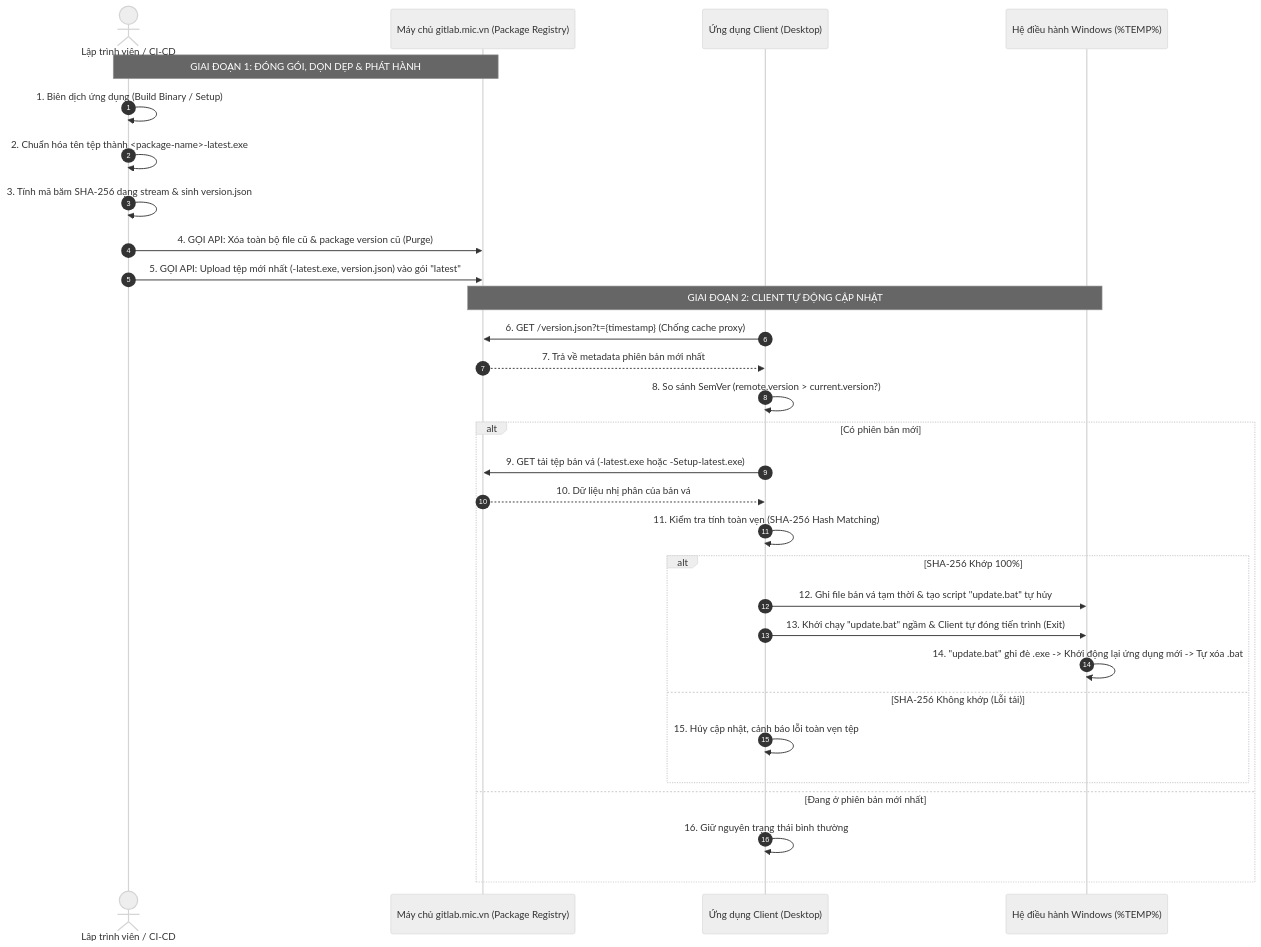
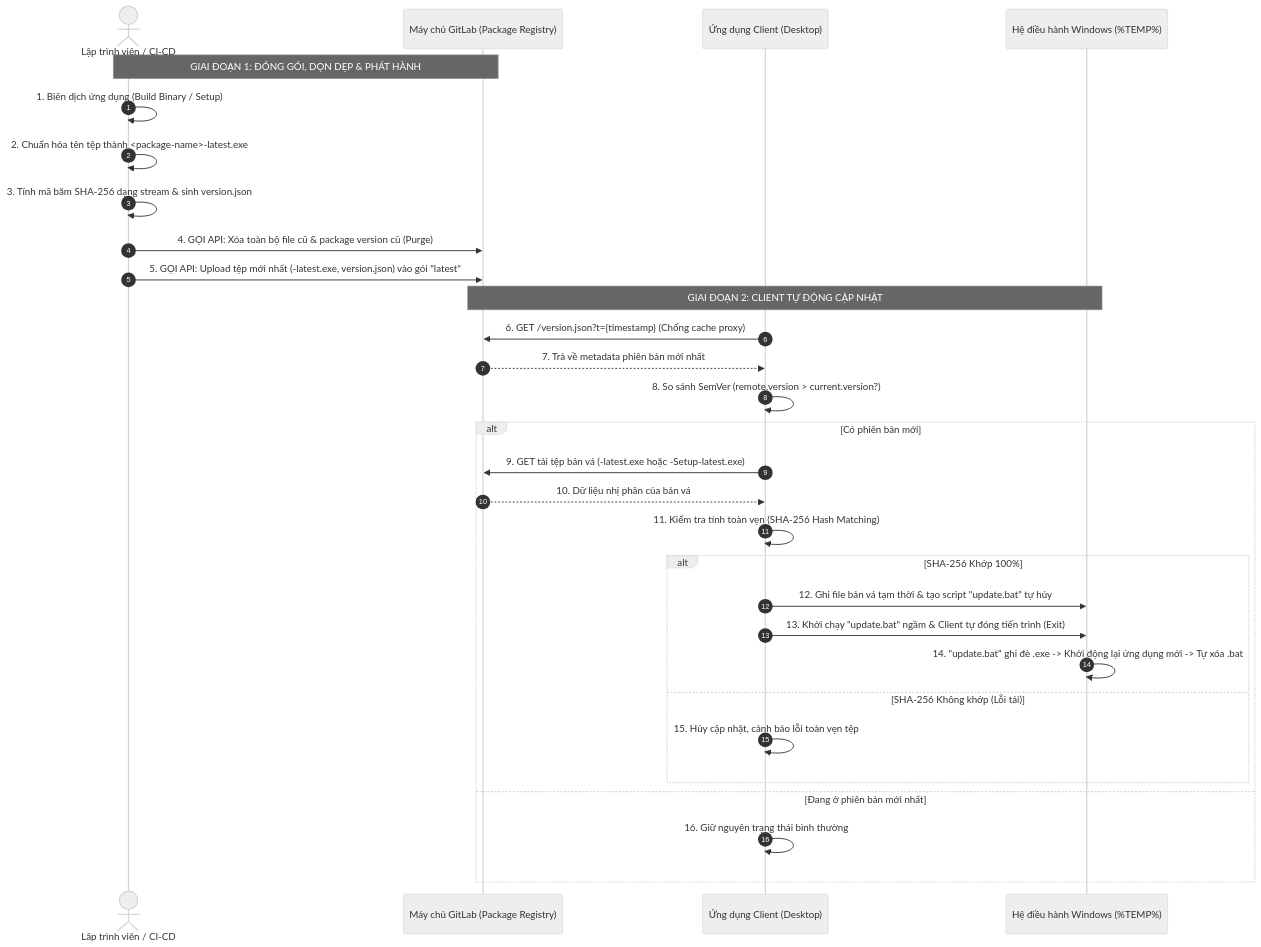
One commit to TungTn/Custom-IDEA changed the diagram in docs/mic-auto-update-guideline.md. Above: the diagram before and after it, drawn with Mermaid (neutral theme). The commit also changed other lines of this file and 20 other files, not shown here.

````diff
--- a/docs/mic-auto-update-guideline.md
+++ b/docs/mic-auto-update-guideline.md
@@ -58,36 +58,36 @@
 ```mermaid
 sequenceDiagram
     autonumber
     actor Dev as Lập trình viên / CI-CD
-    participant Git as Máy chủ gitlab.mic.vn (Package Registry)
+    participant Git as Máy chủ GitLab (Package Registry)
     participant Client as Ứng dụng Client (Desktop)
     participant OS as Hệ điều hành Windows (%TEMP%)
 
     Note over Dev,Git: GIAI ĐOẠN 1: ĐÓNG GÓI, DỌN DẸP & PHÁT HÀNH
     Dev->>Dev: 1. Biên dịch ứng dụng (Build Binary / Setup)
     Dev->>Dev: 2. Chuẩn hóa tên tệp thành <package-name>-latest.exe
     Dev->>Dev: 3. Tính mã băm SHA-256 dạng stream & sinh version.json
     Dev->>Git: 4. GỌI API: Xóa toàn bộ file cũ & package version cũ (Purge)
     Dev->>Git: 5. GỌI API: Upload tệp mới nhất (-latest.exe, version.json) vào gói "latest"
 
     Note over Git,OS: GIAI ĐOẠN 2: CLIENT TỰ ĐỘNG CẬP NHẬT
     Client->>Git: 6. GET /version.json?t={timestamp} (Chống cache proxy)
     Git-->>Client: 7. Trả về metadata phiên bản mới nhất
     Client->>Client: 8. So sánh SemVer (remote.version > current.version?)
     
     alt Có phiên bản mới
         Client->>Git: 9. GET tải tệp bản vá (-latest.exe hoặc -Setup-latest.exe)
         Git-->>Client: 10. Dữ liệu nhị phân của bản vá
         Client->>Client: 11. Kiểm tra tính toàn vẹn (SHA-256 Hash Matching)
         
         alt SHA-256 Khớp 100%
             Client->>OS: 12. Ghi file bản vá tạm thời & tạo script "update.bat" tự hủy
             Client->>OS: 13. Khởi chạy "update.bat" ngầm & Client tự đóng tiến trình (Exit)
             OS->>OS: 14. "update.bat" ghi đè .exe -> Khởi động lại ứng dụng mới -> Tự xóa .bat
         else SHA-256 Không khớp (Lỗi tải)
             Client->>Client: 15. Hủy cập nhật, cảnh báo lỗi toàn vẹn tệp
         end
     else Đang ở phiên bản mới nhất
         Client->>Client: 16. Giữ nguyên trạng thái bình thường
     end
 ```
````
